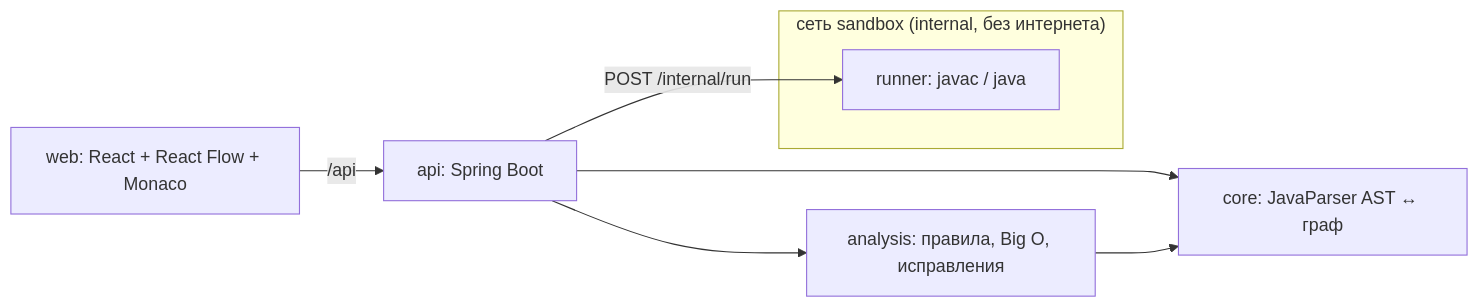
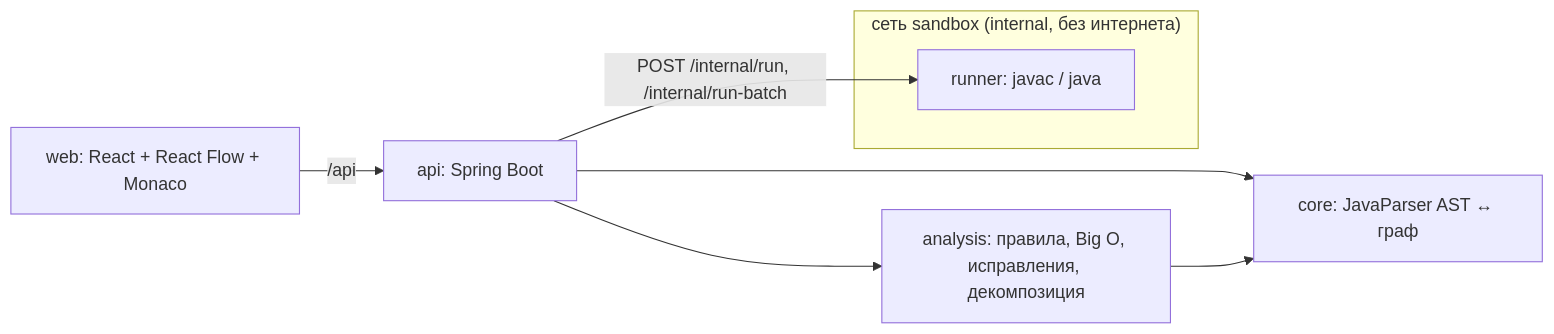
Before and after one commit to Raynariii/hackrnd26: the first of 2 diagrams in docs/architecture.md, drawn with Mermaid. The commit also changed other lines of this file and 3 other files, not shown here.

First line of the commit message:
Роль 4: docs для жюри — scope.md, architecture.md, README

````diff
--- a/docs/architecture.md
+++ b/docs/architecture.md
@@ -3,11 +3,11 @@
 ```mermaid
 flowchart LR
     UI["web: React + React Flow + Monaco"] -->|/api| API["api: Spring Boot"]
     API --> CORE["core: JavaParser AST ↔ граф"]
-    API --> AN["analysis: правила, Big O, исправления"]
+    API --> AN["analysis: правила, Big O, исправления, декомпозиция"]
     AN --> CORE
-    API -->|POST /internal/run| RUN["runner: javac / java"]
+    API -->|POST /internal/run, /internal/run-batch| RUN["runner: javac / java"]
     subgraph sandbox["сеть sandbox (internal, без интернета)"]
         RUN
     end
 ```
````
